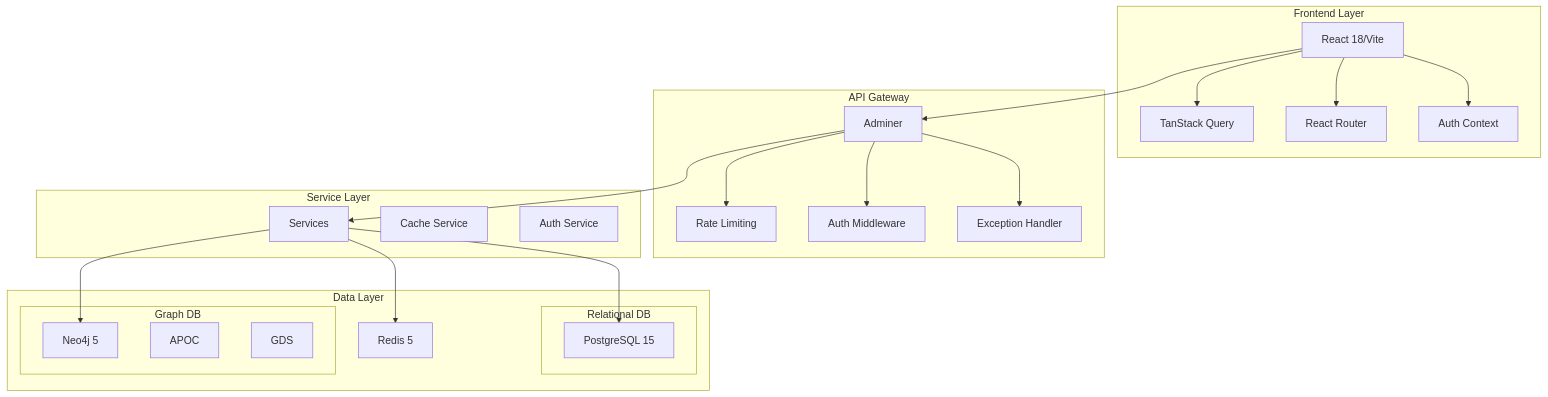
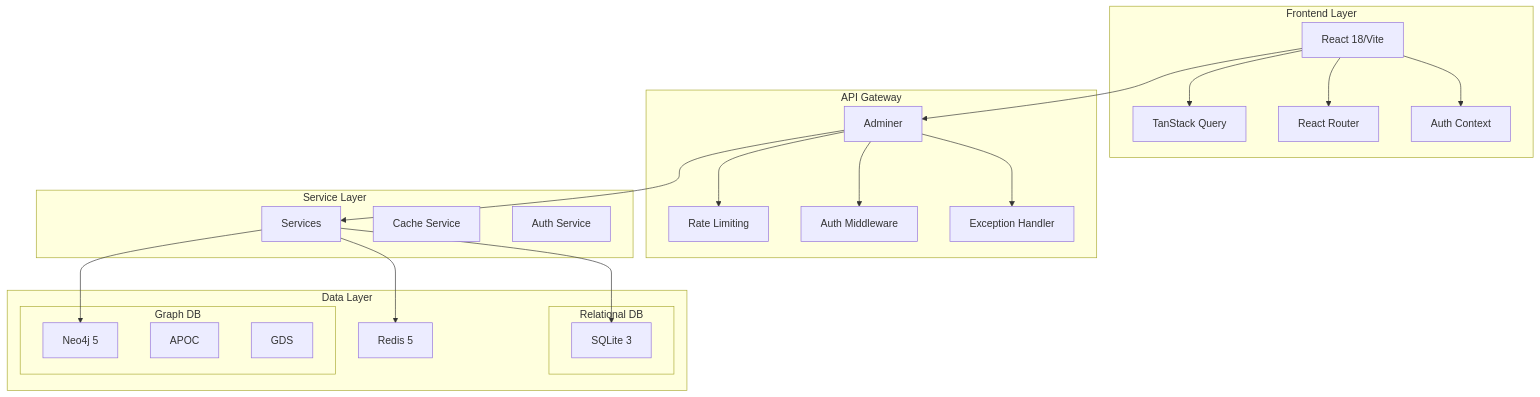
One commit to ThryCode/observatorio-tecnologico-industrial changed the diagram in docs/architecture.md. Above: the diagram before and after it, drawn with Mermaid. The commit also changed other lines of this file and 21 other files, not shown here.

First line of the commit message:
docs: update all documentation for PostgreSQL -> SQLite migration

````diff
--- a/docs/architecture.md
+++ b/docs/architecture.md
@@ -149,49 +149,49 @@
 ```mermaid
 graph TB
     subgraph "Frontend Layer"
         F[React 18/Vite]
         FC[TanStack Query]
         FR[React Router]
         FA[Auth Context]
     end
     
     subgraph "API Gateway"
         A[FastAPI]
         AA[Rate Limiting]
         AB[Auth Middleware]
         AC[Exception Handler]
     end
     
     subgraph "Service Layer"
         S[Services]
         SC[Cache Service]
         SA[Auth Service]
     end
     
     subgraph "Data Layer"
         subgraph "Relational DB"
-            PG[PostgreSQL 15]
+            PG[SQLite 3]
             A[Adminer]
         end
         
         subgraph "Graph DB"
             NG[Neo4j 5]
             AP[APOC]
             GD[GDS]
         end
         
         R[Redis 5]
     end
     
     F --> A
     A --> S
     S --> PG
     S --> NG
     S --> R
     A --> AA
     A --> AB
     A --> AC
     F --> FA
     F --> FC
     F --> FR
 ```
````
